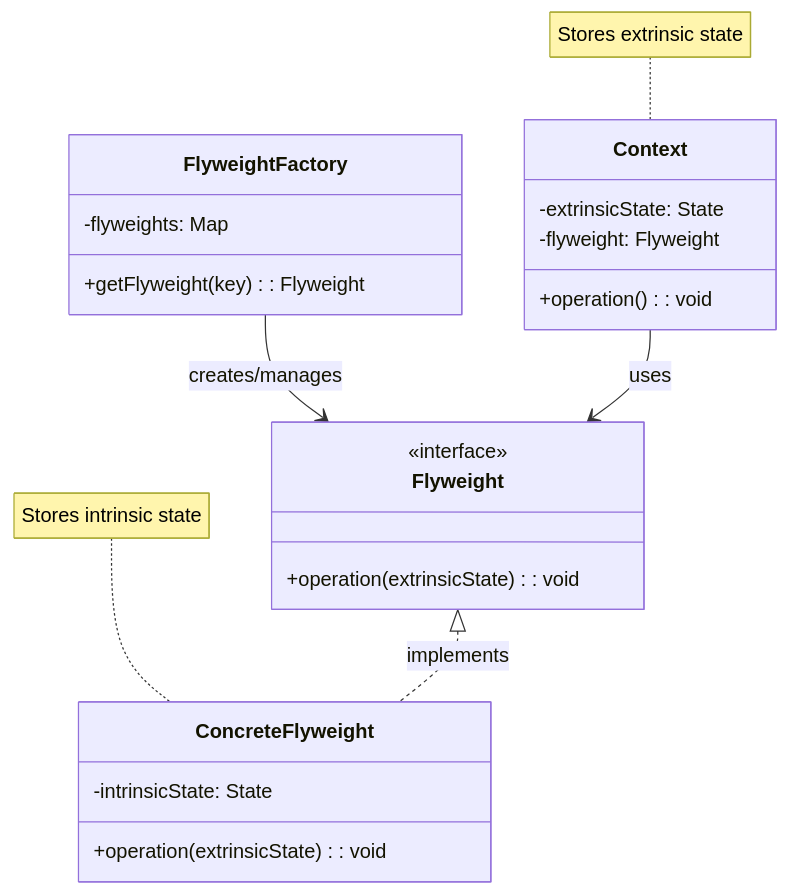
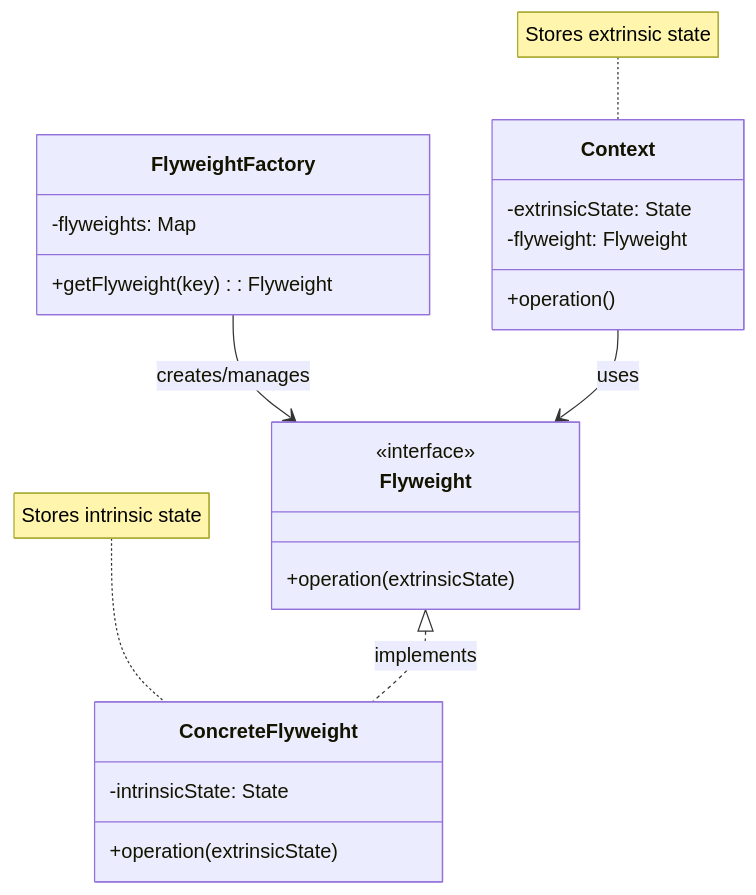
Before and after one commit to fanly/DesignPattern: the first of 2 diagrams in resources/design-patterns/laravel/structural/flyweight_en.md, drawn with Mermaid. The commit also changed 103 other files, not shown here.

````diff
--- a/resources/design-patterns/laravel/structural/flyweight_en.md
+++ b/resources/design-patterns/laravel/structural/flyweight_en.md
@@ -11,30 +11,30 @@
 ```mermaid
 classDiagram
     class FlyweightFactory {
         -flyweights: Map
         +getFlyweight(key): Flyweight
     }
     
     class Flyweight {
         <<interface>>
-        +operation(extrinsicState): void
+        +operation(extrinsicState)
     }
     
     class ConcreteFlyweight {
         -intrinsicState: State
-        +operation(extrinsicState): void
+        +operation(extrinsicState)
     }
     
     class Context {
         -extrinsicState: State
         -flyweight: Flyweight
-        +operation(): void
+        +operation()
     }
     
     FlyweightFactory --> Flyweight : creates/manages
     Flyweight <|.. ConcreteFlyweight : implements
     Context --> Flyweight : uses
     
     note for ConcreteFlyweight "Stores intrinsic state"
     note for Context "Stores extrinsic state"
 ```
````
